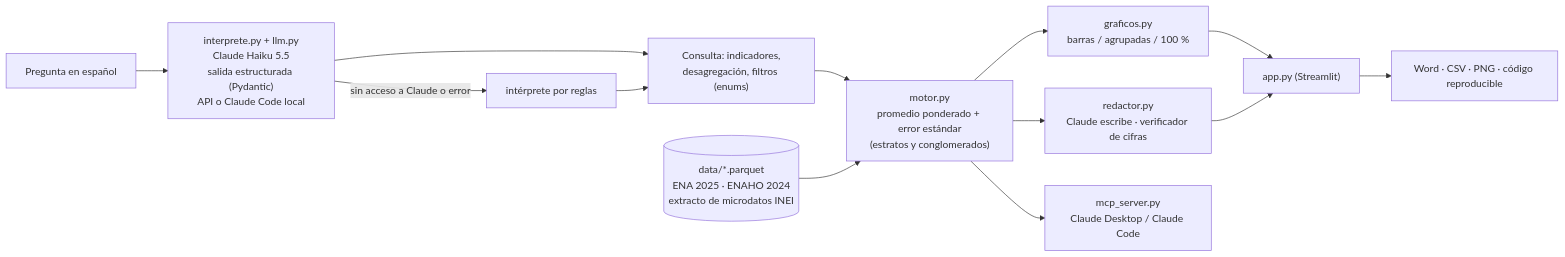
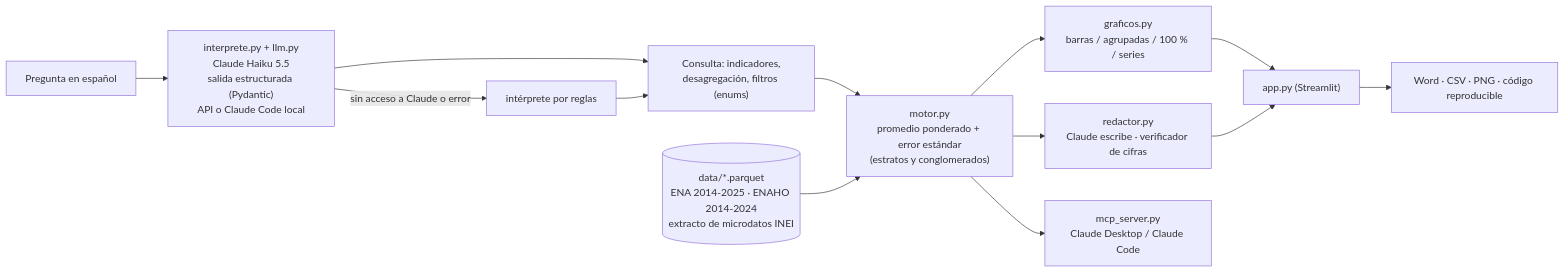
One commit to loryac21-cyber/cifralista changed the diagram in README.md. Above: the diagram before and after it, drawn with Mermaid. The commit also changed other lines of this file and 22 other files, not shown here.

First line of the commit message:
Series 2014-2025: ENA 2014-2025 (sin 2020) y ENAHO 2014-2024, un cálculo por año

````diff
--- a/README.md
+++ b/README.md
@@ -130,15 +131,15 @@
 ```mermaid
 flowchart LR
     U["Pregunta en español"] --> I["interprete.py + llm.py<br/>Claude Haiku 5.5<br/>salida estructurada (Pydantic)<br/>API o Claude Code local"]
     I -->|"sin acceso a Claude o error"| R["intérprete por reglas"]
     I --> C["Consulta: indicadores,<br/>desagregación, filtros (enums)"]
     R --> C
     C --> M["motor.py<br/>promedio ponderado + error estándar<br/>(estratos y conglomerados)"]
-    D[("data/*.parquet<br/>ENA 2025 · ENAHO 2024<br/>extracto de microdatos INEI")] --> M
-    M --> G["graficos.py<br/>barras / agrupadas / 100 %"]
+    D[("data/*.parquet<br/>ENA 2014-2025 · ENAHO 2014-2024<br/>extracto de microdatos INEI")] --> M
+    M --> G["graficos.py<br/>barras / agrupadas / 100 % / series"]
     M --> W["redactor.py<br/>Claude escribe · verificador de cifras"]
     G --> A["app.py (Streamlit)"]
     W --> A
     A --> X["Word · CSV · PNG · código reproducible"]
     M --> P["mcp_server.py<br/>Claude Desktop / Claude Code"]
 ```
````
